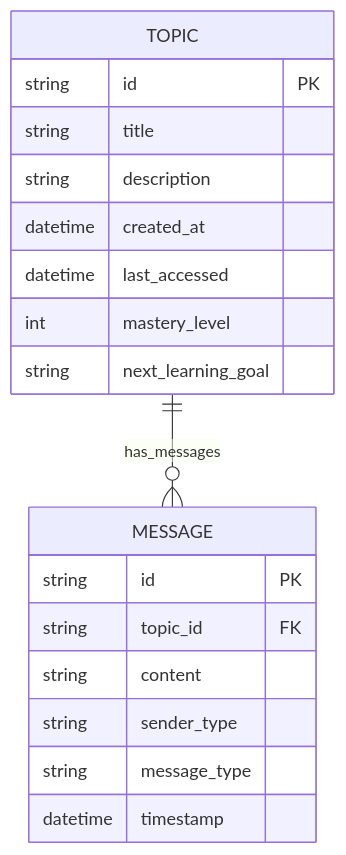
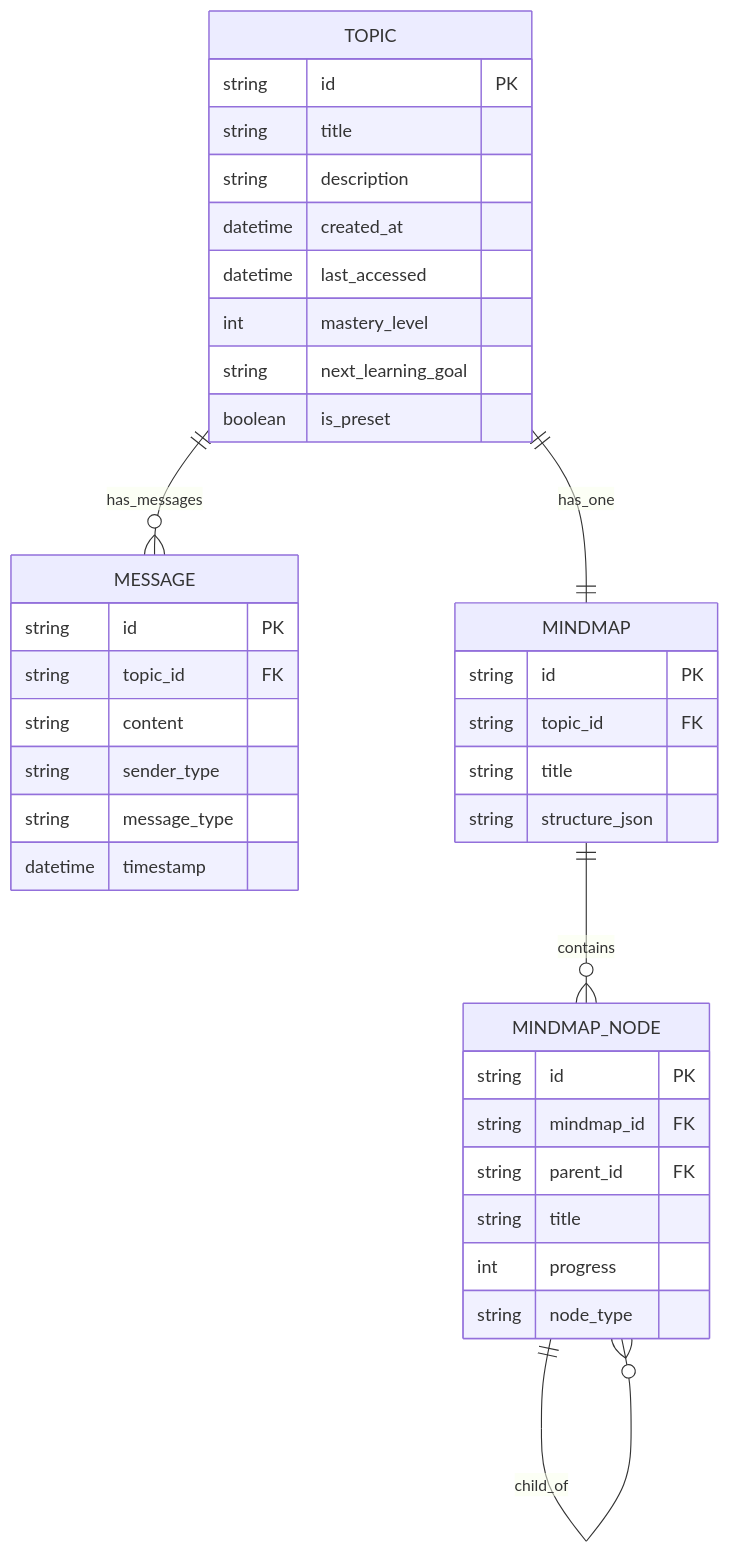
Diagram 17 of 36 in autodroid-TeachItBack/DESIGN.md (terminail/autodroid), drawn with Mermaid before and after one commit. The commit also changed other lines of this file and 70 other files, not shown here.

````diff
--- a/autodroid-TeachItBack/DESIGN.md
+++ b/autodroid-TeachItBack/DESIGN.md
@@ -206,23 +545,43 @@
 ```mermaid
 erDiagram
     TOPIC {
         string id PK
         string title
         string description
         datetime created_at
         datetime last_accessed
         int mastery_level
         string next_learning_goal
+        boolean is_preset
     }
     
     MESSAGE {
         string id PK
         string topic_id FK
         string content
         string sender_type
         string message_type
         datetime timestamp
     }
     
-    TOPIC ||--o{ MESSAGE : "has_messages"
+    MINDMAP {
+        string id PK
+        string topic_id FK
+        string title
+        string structure_json
+    }
+    
+    MINDMAP_NODE {
+        string id PK
+        string mindmap_id FK
+        string parent_id FK
+        string title
+        int progress
+        string node_type
+    }
+    
+    TOPIC ||--|| MINDMAP : has_one
+    TOPIC ||--o{ MESSAGE : has_messages
+    MINDMAP ||--o{ MINDMAP_NODE : contains
+    MINDMAP_NODE ||--o{ MINDMAP_NODE : child_of
 ```
````
